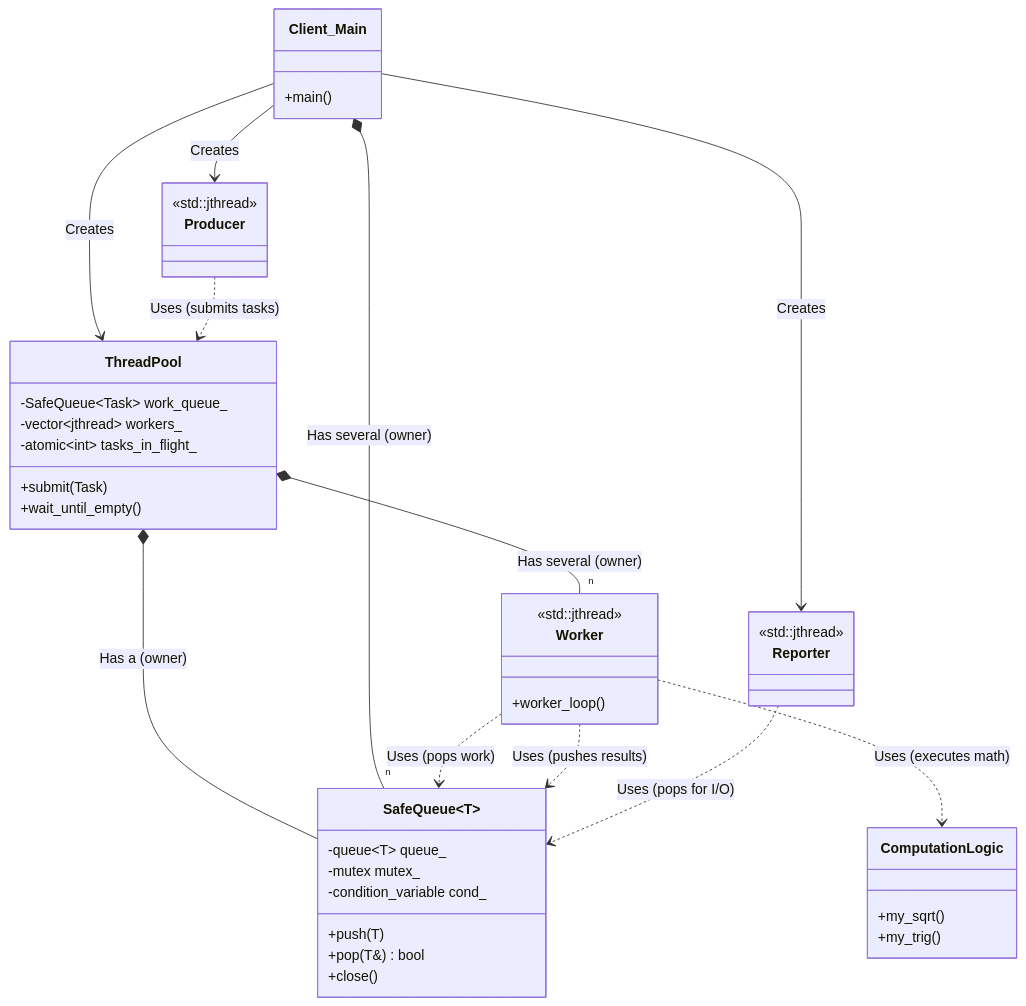
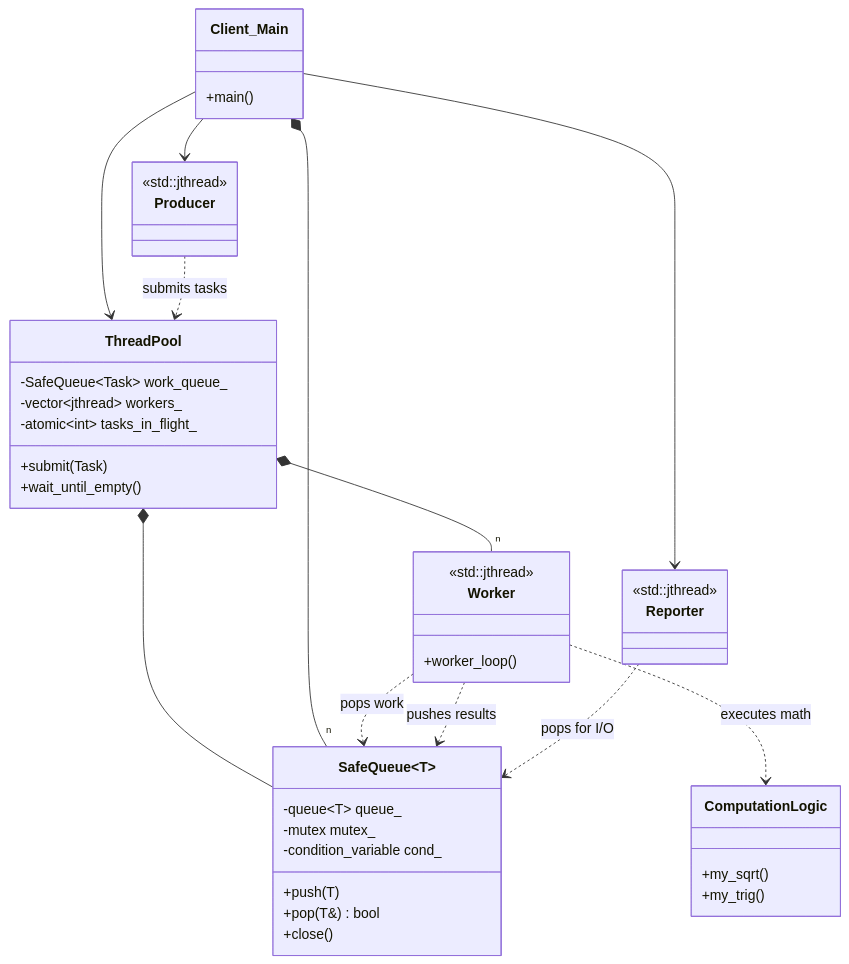
Before and after one commit to MarioGalindoQ/Modern-CPP-Design-Patterns: the diagram in 34_ThreadPool/diagram.md, drawn with Mermaid. The commit also changed 1 other file, not shown here.

Commit message:
Improve UML

````diff
--- a/34_ThreadPool/diagram.md
+++ b/34_ThreadPool/diagram.md
@@ -3,58 +3,58 @@
 ```mermaid
 classDiagram
    class SafeQueue~T~ {
       -queue~T~ queue_
       -mutex mutex_
       -condition_variable cond_
       +push(T)
       +pop(T&) bool
       +close()
    }
 
    class ThreadPool {
       -SafeQueue~Task~ work_queue_
       -vector~jthread~ workers_
       -atomic~int~ tasks_in_flight_
       +submit(Task)
       +wait_until_empty()
    }
 
    class Worker {
       <<std::jthread>>
       +worker_loop()
    }
 
    class Client_Main {
       +main()
    }
 
    class Producer {
       <<std::jthread>>
    }
 
    class Reporter {
       <<std::jthread>>
    }
 
    class ComputationLogic {
       +my_sqrt()
       +my_trig()
    }
 
    %% The Pool owns its internal components
-   ThreadPool *-- SafeQueue~Task~ : Has a (owner)
-   ThreadPool *-- "n" Worker : Has several (owner)
+   ThreadPool *-- SafeQueue~Task~
+   ThreadPool *-- "n" Worker
 
    %% The Client (Main) creates the high-level infrastructure
-   Client_Main --> ThreadPool : Creates
-   Client_Main --> Producer : Creates
-   Client_Main --> Reporter : Creates
-   Client_Main *-- "n" SafeQueue~Result~ : Has several (owner)
+   Client_Main --> ThreadPool
+   Client_Main --> Producer
+   Client_Main --> Reporter
+   Client_Main *-- "n" SafeQueue~Result~
 
    %% Operational dependencies
-   Producer ..> ThreadPool : Uses (submits tasks)
-   Worker ..> SafeQueue~Task~ : Uses (pops work)
-   Worker ..> ComputationLogic : Uses (executes math)
-   Worker ..> SafeQueue~Result~ : Uses (pushes results)
-   Reporter ..> SafeQueue~Result~ : Uses (pops for I/O)
+   Producer ..> ThreadPool : submits tasks
+   Worker ..> SafeQueue~Task~ : pops work
+   Worker ..> ComputationLogic : executes math
+   Worker ..> SafeQueue~Result~ : pushes results
+   Reporter ..> SafeQueue~Result~ : pops for I/O
 ```
````
